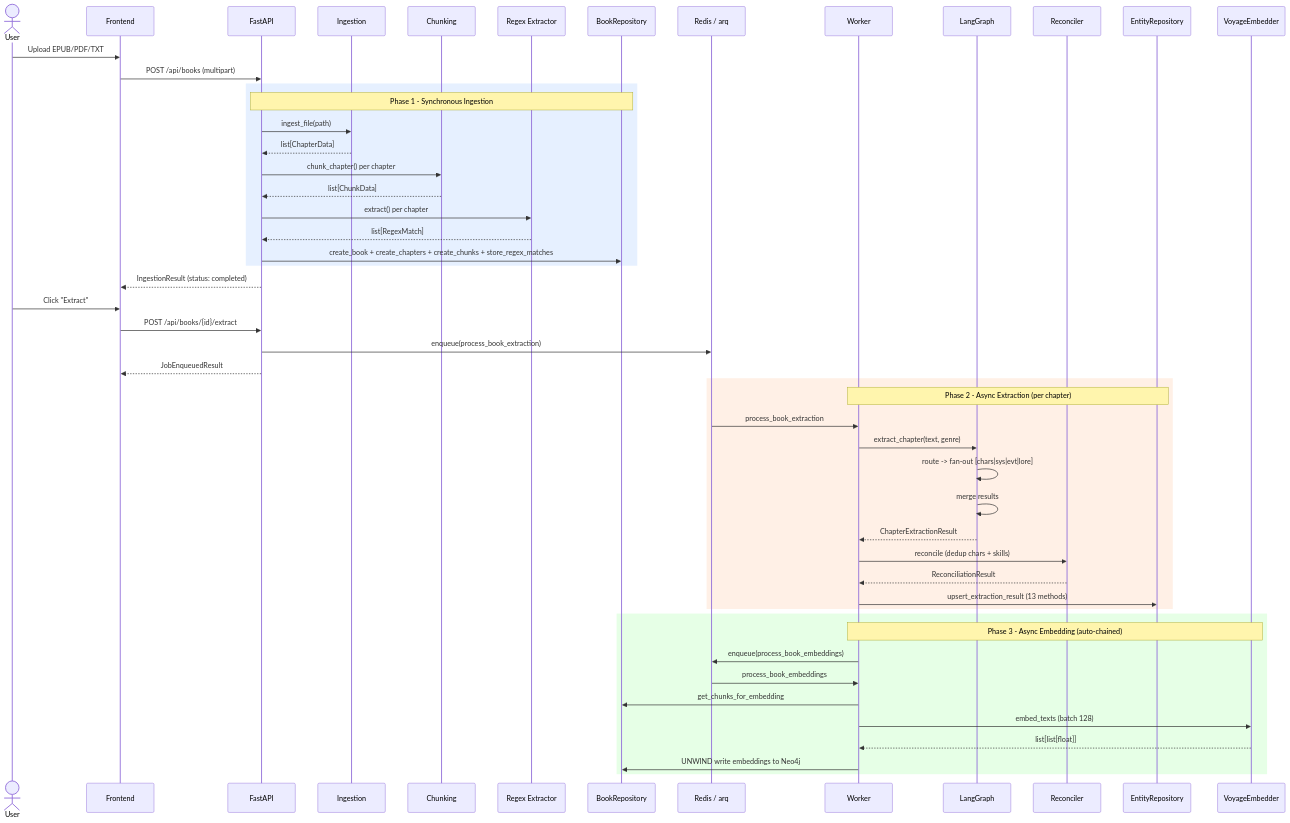
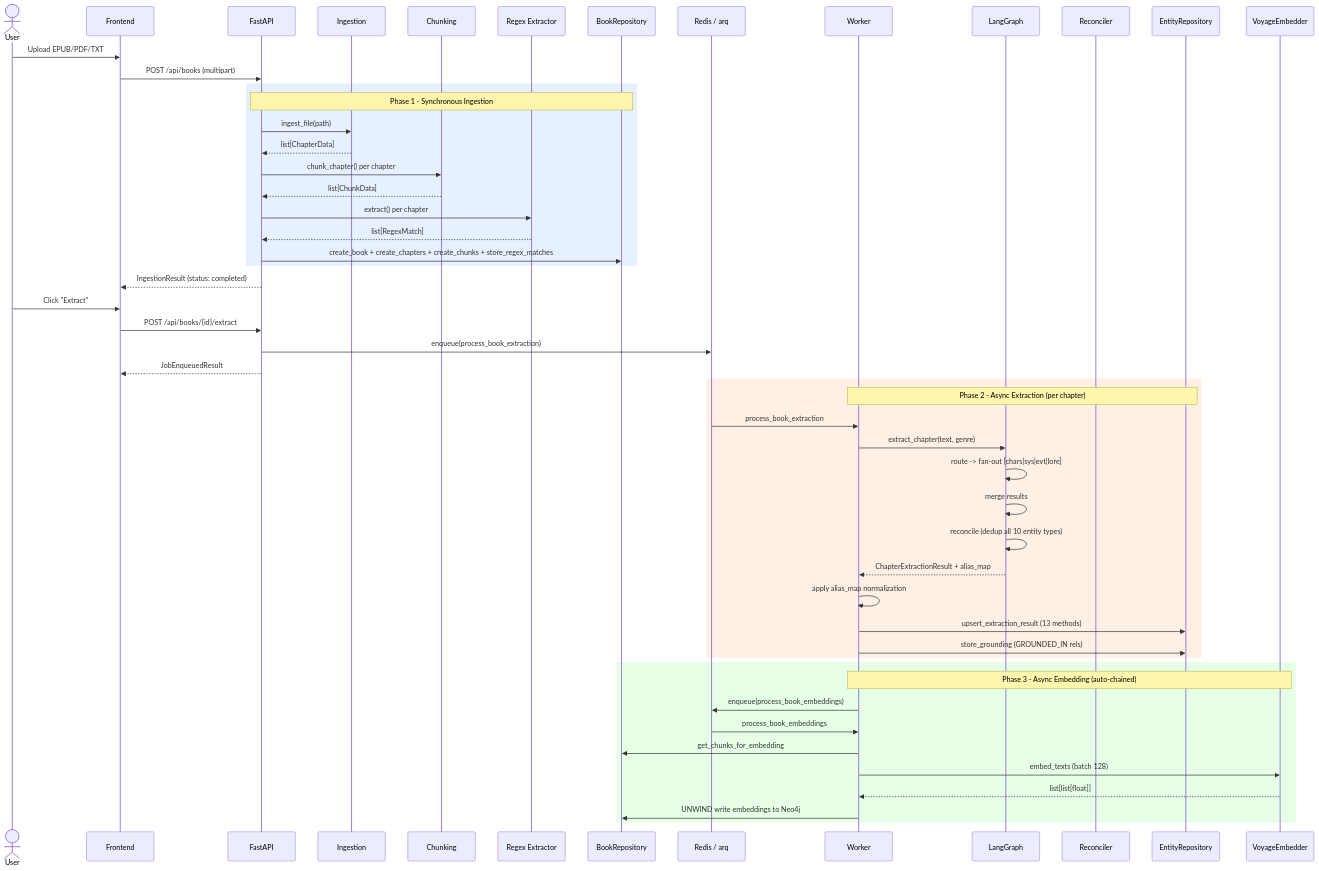
One commit to xairon/WorldRAG changed the third of 7 diagrams in docs/architecture.md. Above: the diagram before and after it, drawn with Mermaid. The commit also changed other lines of this file and 7 other files, not shown here.

````diff
--- a/docs/architecture.md
+++ b/docs/architecture.md
@@ -79,59 +79,60 @@
 ```mermaid
 sequenceDiagram
     actor User
     participant FE as Frontend
     participant API as FastAPI
     participant Ing as Ingestion
     participant Chk as Chunking
     participant Rgx as Regex Extractor
     participant Repo as BookRepository
     participant Q as Redis / arq
     participant W as Worker
     participant LG as LangGraph
     participant Rec as Reconciler
     participant ER as EntityRepository
     participant Emb as VoyageEmbedder
 
     User->>FE: Upload EPUB/PDF/TXT
     FE->>API: POST /api/books (multipart)
 
     rect rgb(230, 240, 255)
         Note over API,Repo: Phase 1 - Synchronous Ingestion
         API->>Ing: ingest_file(path)
         Ing-->>API: list[ChapterData]
         API->>Chk: chunk_chapter() per chapter
         Chk-->>API: list[ChunkData]
         API->>Rgx: extract() per chapter
         Rgx-->>API: list[RegexMatch]
         API->>Repo: create_book + create_chapters + create_chunks + store_regex_matches
     end
 
     API-->>FE: IngestionResult (status: completed)
 
     User->>FE: Click "Extract"
     FE->>API: POST /api/books/{id}/extract
     API->>Q: enqueue(process_book_extraction)
     API-->>FE: JobEnqueuedResult
 
     rect rgb(255, 240, 230)
         Note over W,ER: Phase 2 - Async Extraction (per chapter)
         Q->>W: process_book_extraction
         W->>LG: extract_chapter(text, genre)
         LG->>LG: route -> fan-out [chars|sys|evt|lore]
         LG->>LG: merge results
-        LG-->>W: ChapterExtractionResult
-        W->>Rec: reconcile (dedup chars + skills)
-        Rec-->>W: ReconciliationResult
+        LG->>LG: reconcile (dedup all 10 entity types)
+        LG-->>W: ChapterExtractionResult + alias_map
+        W->>W: apply alias_map normalization
         W->>ER: upsert_extraction_result (13 methods)
+        W->>ER: store_grounding (GROUNDED_IN rels)
     end
 
     rect rgb(230, 255, 230)
         Note over W,Emb: Phase 3 - Async Embedding (auto-chained)
         W->>Q: enqueue(process_book_embeddings)
         Q->>W: process_book_embeddings
         W->>Repo: get_chunks_for_embedding
         W->>Emb: embed_texts (batch 128)
         Emb-->>W: list[list[float]]
         W->>Repo: UNWIND write embeddings to Neo4j
     end
 ```
````
